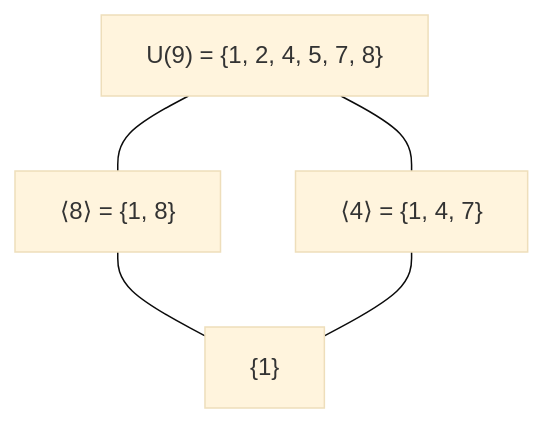
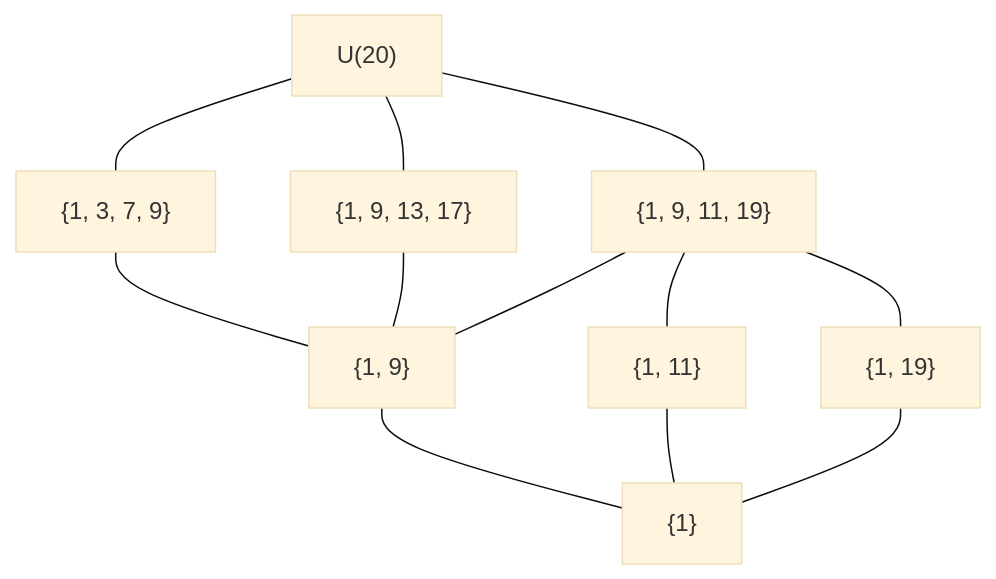
One commit to gwb-ci/math393 changed the second of 5 diagrams in classes/07/slides.qmd. Above: the diagram before and after it, drawn with Mermaid (base theme). The commit also changed other lines of this file and 41 other files, not shown here.

````diff
--- a/classes/07/slides.qmd
+++ b/classes/07/slides.qmd
@@ -136,13 +284,29 @@
 ```{mermaid}
 flowchart TB
-    U9["U(9) = {1, 2, 4, 5, 7, 8}"]
-    H2["⟨8⟩ = {1, 8}"]
-    H3["⟨4⟩ = {1, 4, 7}"]
+    U["U(20)"]
+
+    H1["{1, 3, 7, 9}"]
+    H2["{1, 9, 13, 17}"]
+    H3["{1, 9, 11, 19}"]
+
+    K9["{1, 9}"]
+    K11["{1, 11}"]
+    K19["{1, 19}"]
+
     E["{1}"]
 
-    U9 --- H2
-    U9 --- H3
+    U --- H1
+    U --- H2
+    U --- H3
 
-    H2 --- E
-    H3 --- E
+    H1 --- K9
+    H2 --- K9
+
+    H3 --- K9
+    H3 --- K11
+    H3 --- K19
+
+    K9 --- E
+    K11 --- E
+    K19 --- E
 ```
````
